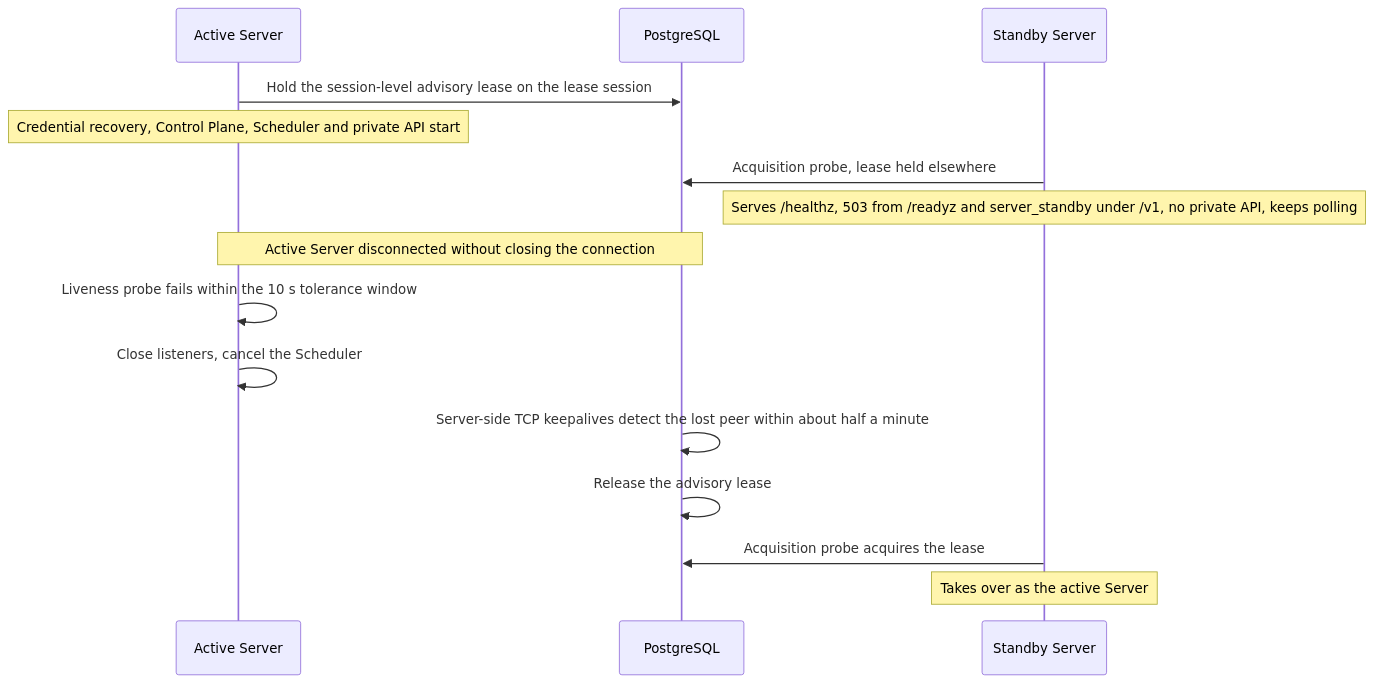
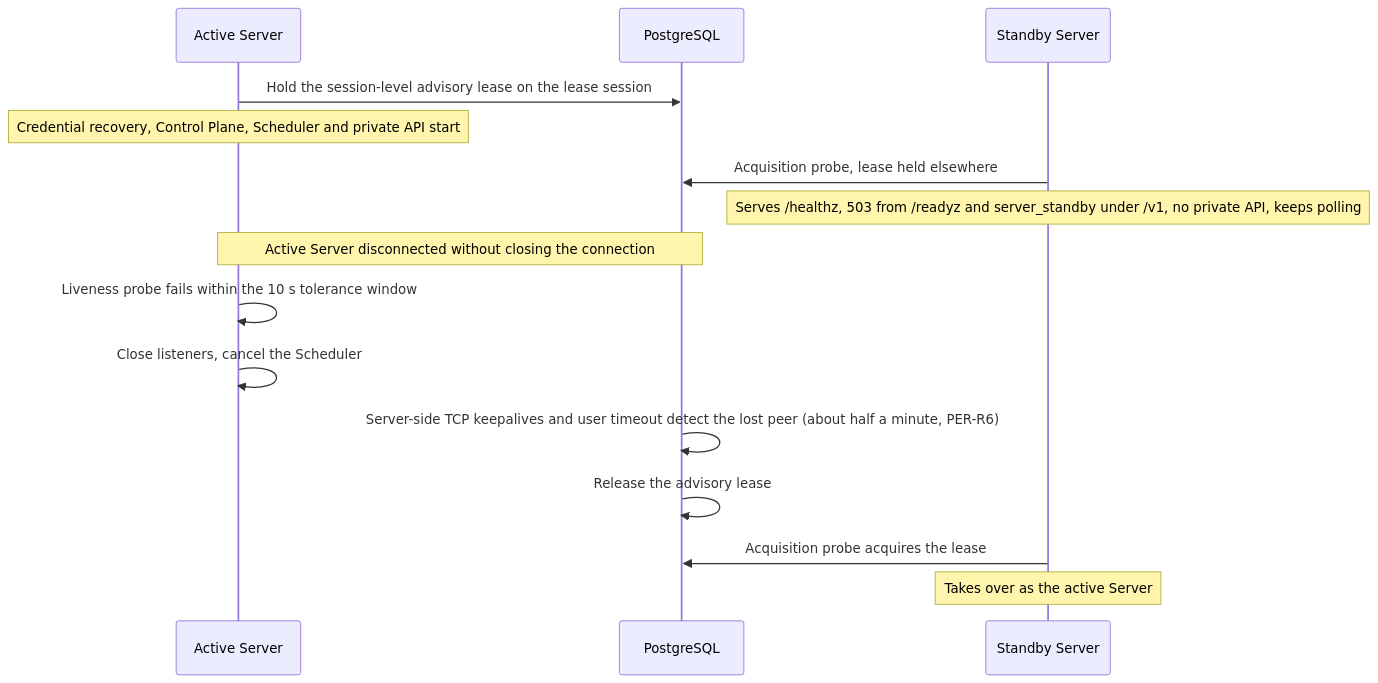
Before and after one commit to grauwolf32/contractor: the second of 3 diagrams in docs/spec/platform/persistence.md, drawn with Mermaid. The commit also changed other lines of this file and 8 other files, not shown here.

````diff
--- a/docs/spec/platform/persistence.md
+++ b/docs/spec/platform/persistence.md
@@ -78,17 +78,17 @@
 ```mermaid
 sequenceDiagram
     participant A as Active Server
     participant DB as PostgreSQL
     participant B as Standby Server
     A->>DB: Hold the session-level advisory lease on the lease session
     Note over A: Credential recovery, Control Plane, Scheduler and private API start
     B->>DB: Acquisition probe, lease held elsewhere
     Note over B: Serves /healthz, 503 from /readyz and server_standby under /v1, no private API, keeps polling
     Note over A,DB: Active Server disconnected without closing the connection
     A->>A: Liveness probe fails within the 10 s tolerance window
     A->>A: Close listeners, cancel the Scheduler
-    DB->>DB: Server-side TCP keepalives detect the lost peer within about half a minute
+    DB->>DB: Server-side TCP keepalives and user timeout detect the lost peer (about half a minute, PER-R6)
     DB->>DB: Release the advisory lease
     B->>DB: Acquisition probe acquires the lease
     Note over B: Takes over as the active Server
 ```
````
